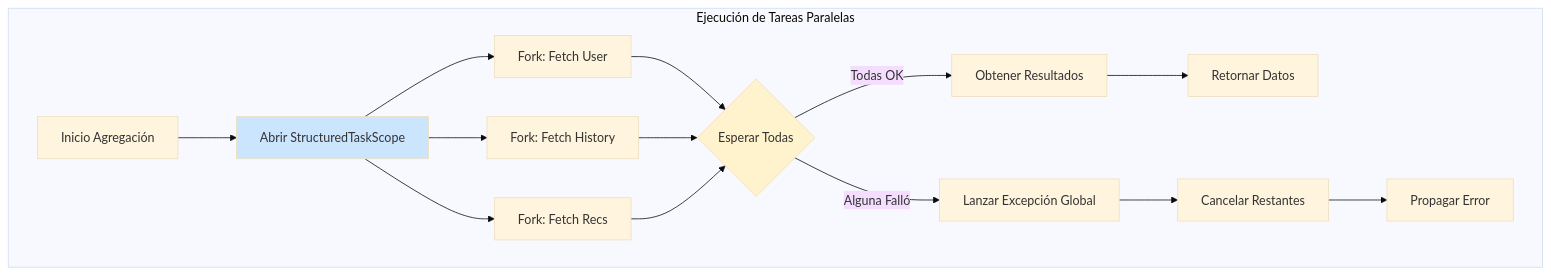
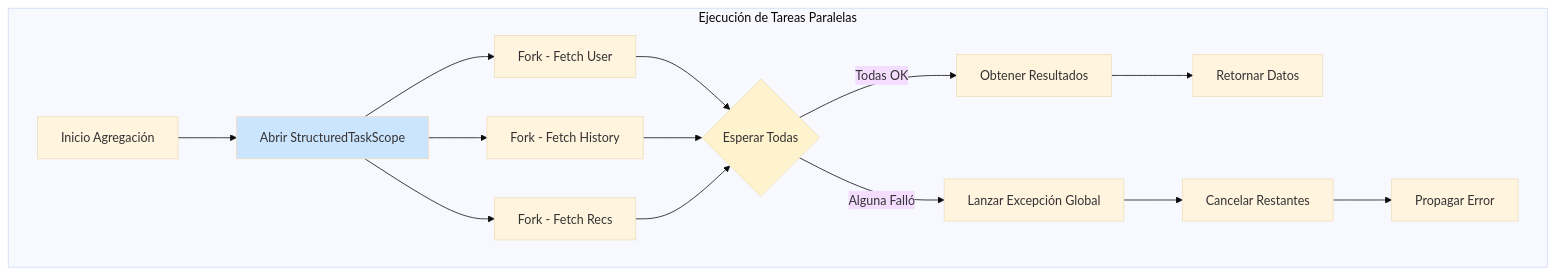
The fourth of 5 diagrams in 01_Java_Core/java_21_virtual_threads_STAFF.md (Joaquinriosheredia/DAM-Java-Mastery), drawn with Mermaid (base theme) before and after one commit. The commit also changed other lines of this file, not shown here.

````diff
--- a/01_Java_Core/java_21_virtual_threads_STAFF.md
+++ b/01_Java_Core/java_21_virtual_threads_STAFF.md
@@ -282,23 +299,23 @@
 ```mermaid
 graph TD
     subgraph "Ejecución de Tareas Paralelas"
         START[Inicio Agregación] --> SCOPE[Abrir StructuredTaskScope]
-        SCOPE --> FORK1[Fork: Fetch User]
-        SCOPE --> FORK2[Fork: Fetch History]
-        SCOPE --> FORK3[Fork: Fetch Recs]
+        SCOPE --> FORK1[Fork - Fetch User]
+        SCOPE --> FORK2[Fork - Fetch History]
+        SCOPE --> FORK3[Fork - Fetch Recs]
         
         FORK1 --> WAIT{Esperar Todas}
         FORK2 --> WAIT
         FORK3 --> WAIT
         
         WAIT -->|Todas OK| RESULT[Obtener Resultados]
         WAIT -->|Alguna Falló| FAIL[Lanzar Excepción Global]
         
         RESULT --> END[Retornar Datos]
         FAIL --> CLEANUP[Cancelar Restantes]
         CLEANUP --> END_FAIL[Propagar Error]
     end
     
     style SCOPE fill:#cce5ff
     style WAIT fill:#fff3cd
 ```
````
